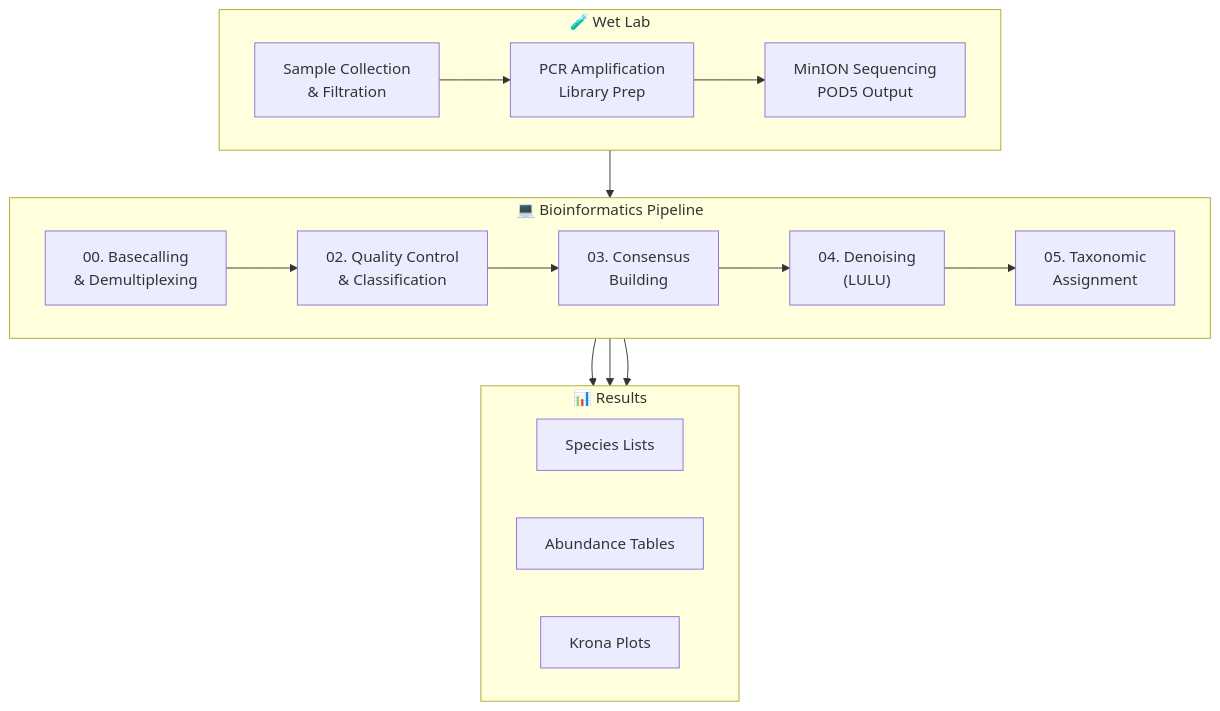
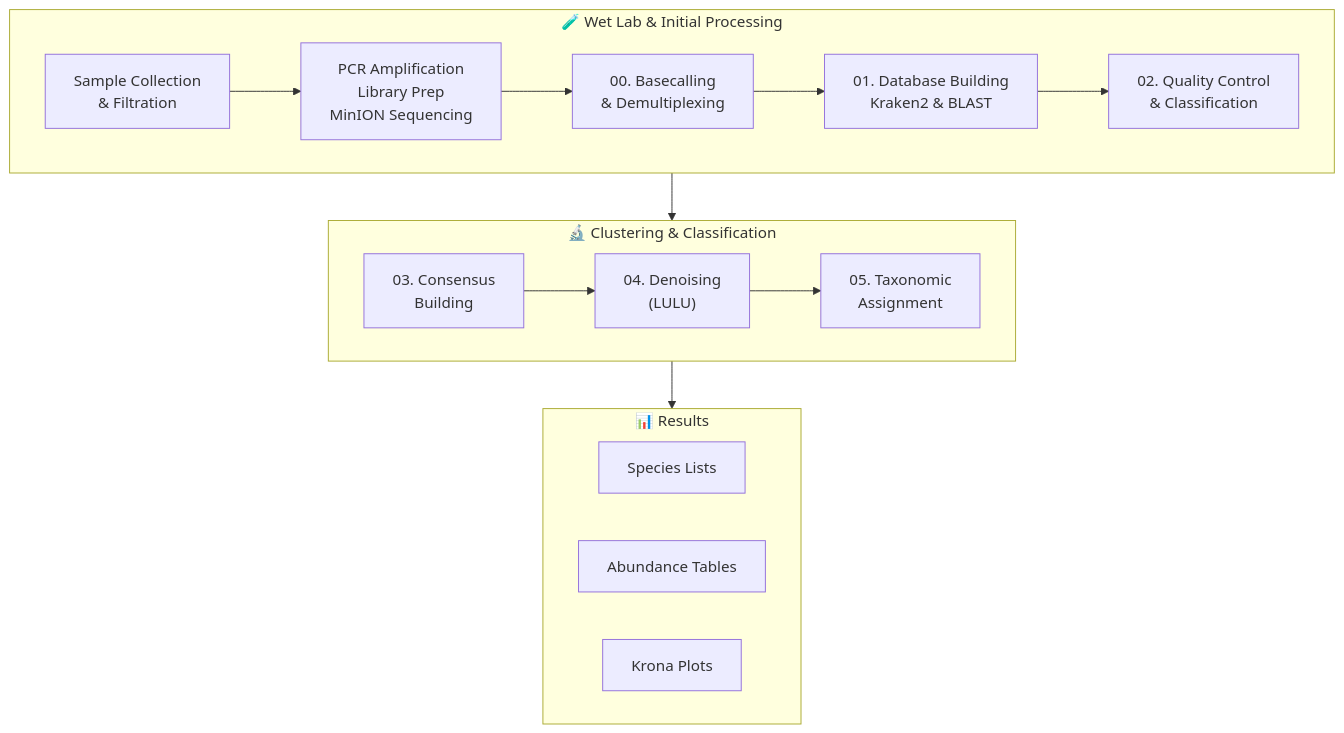
Before and after one commit to piedna/DeCodeDNA: the diagram in README.md, drawn with Mermaid. The commit also changed other lines of this file, not shown here.

````diff
--- a/README.md
+++ b/README.md
@@ -87,36 +87,35 @@
 ```mermaid
 flowchart TB
-  %% Sample to sequencing
-  subgraph wet ["🧪 Wet Lab"]
+  %% Top row: Wet lab → Basecalling → Database → Classification
+  subgraph wetlab ["🧪 Wet Lab & Initial Processing"]
     direction LR
     A["Sample Collection<br/>& Filtration"] 
-    B["PCR Amplification<br/>Library Prep"]
-    C["MinION Sequencing<br/>POD5 Output"]
-    A --> B --> C
+    B["PCR Amplification<br/>Library Prep<br/>MinION Sequencing"]
+    C["00. Basecalling<br/>& Demultiplexing"]
+    D["01. Database Building<br/>Kraken2 & BLAST"]
+    E["02. Quality Control<br/>& Classification"]
+    A --> B --> C --> D --> E
   end
 
-  %% Bioinformatics pipeline  
-  subgraph bio ["💻 Bioinformatics Pipeline"]
+  %% Bottom row: Consensus → Denoise → Taxonomy
+  subgraph analysis ["🔬 Clustering & Classification"]
     direction LR
-    D["00. Basecalling<br/>& Demultiplexing"]
-    E["02. Quality Control<br/>& Classification"]
     F["03. Consensus<br/>Building"]
     G["04. Denoising<br/>(LULU)"]
     H["05. Taxonomic<br/>Assignment"]
-    D --> E --> F --> G --> H
+    F --> G --> H
   end
 
-  %% Connect wet lab to bioinformatics
-  C --> D
+  %% Connect the two rows
+  E --> F
 
-  %% Outputs
-  subgraph out ["📊 Results"]
+  %% Final outputs
+  subgraph results ["📊 Results"]
     direction LR
     I["Species Lists"]
     J["Abundance Tables"] 
     K["Krona Plots"]
-    H --> I
-    H --> J  
-    H --> K
   end
+  
+  H --> results
 ```
````
